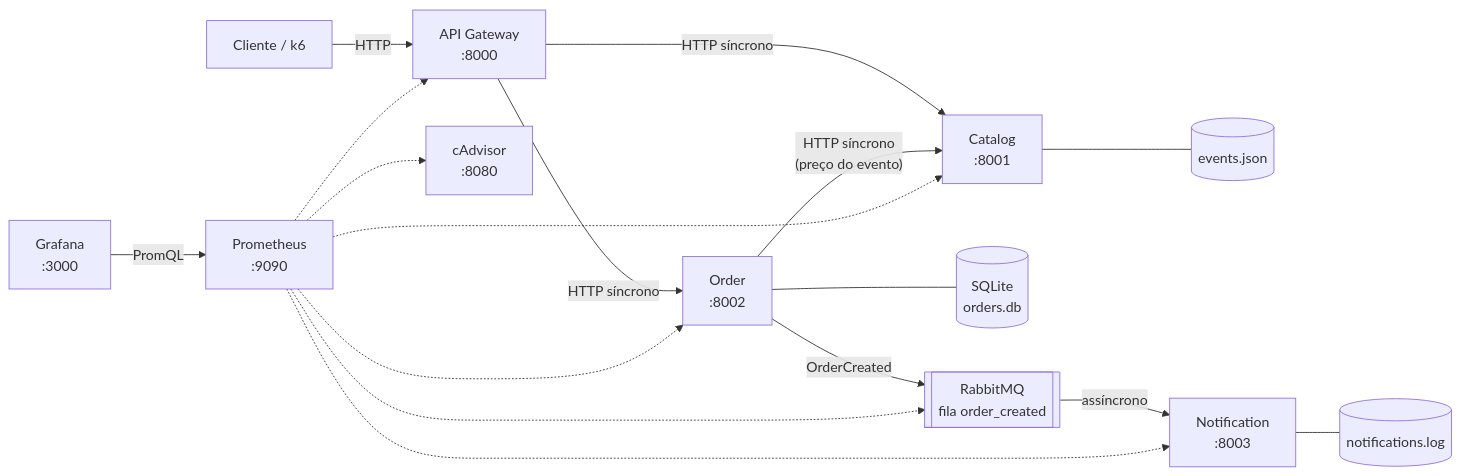
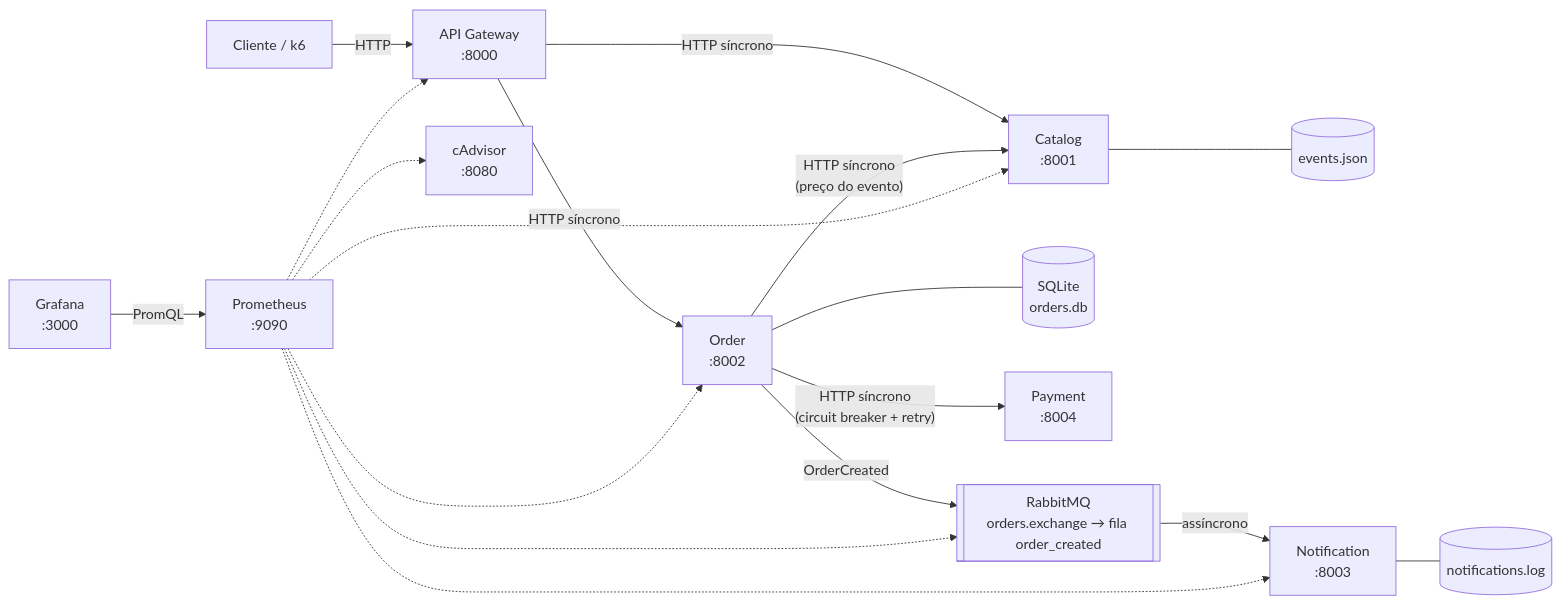
One commit to JoaoPSVieira/SD-Ticketmei changed the diagram in README.md. Above: the diagram before and after it, drawn with Mermaid. The commit also changed other lines of this file and 17 other files, not shown here.

Commit message:
order: circuit breaker e retry com jitter no pagamento

````diff
--- a/README.md
+++ b/README.md
@@ -27,15 +27,16 @@
 ```mermaid
 flowchart LR
     client["Cliente / k6"] -->|HTTP| gw["API Gateway<br/>:8000"]
     gw -->|"HTTP síncrono"| cat["Catalog<br/>:8001"]
     gw -->|"HTTP síncrono"| ord["Order<br/>:8002"]
     ord -->|"HTTP síncrono<br/>(preço do evento)"| cat
     cat --- events[("events.json")]
     ord --- db[("SQLite<br/>orders.db")]
-    ord -->|"OrderCreated"| mq[["RabbitMQ<br/>fila order_created"]]
+    ord -->|"HTTP síncrono<br/>(circuit breaker + retry)"| pay["Payment<br/>:8004"]
+    ord -->|"OrderCreated"| mq[["RabbitMQ<br/>orders.exchange → fila order_created"]]
     mq -->|"assíncrono"| notif["Notification<br/>:8003"]
     notif --- log[("notifications.log")]
 
     prom["Prometheus<br/>:9090"] -.-> gw & cat & ord & notif & mq & cadv["cAdvisor<br/>:8080"]
     graf["Grafana<br/>:3000"] -->|PromQL| prom
 ```
````
